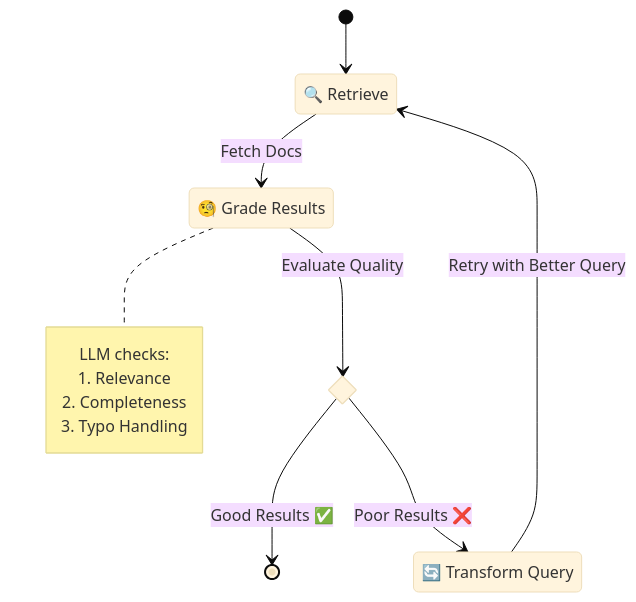
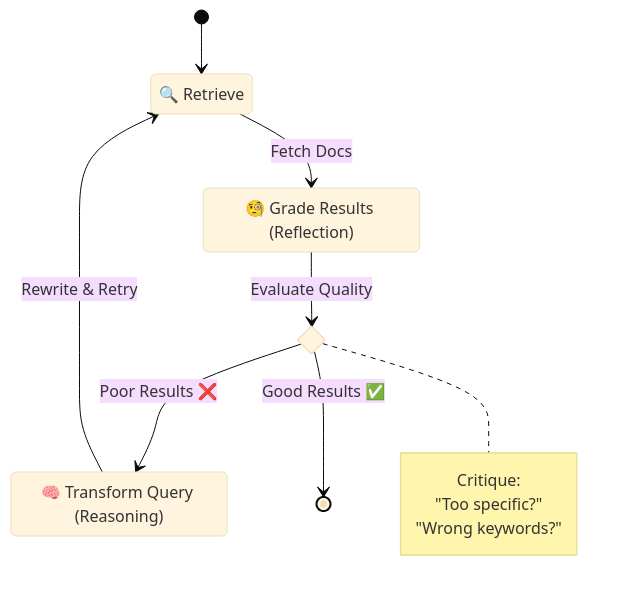
Before and after one commit to EminDurmuSS/finn-chatbot: the second of 3 diagrams in README.md, drawn with Mermaid (base theme). The commit also changed other lines of this file, not shown here.

Commit message:
docs: Polish agentic architecture diagrams and patterns

````diff
--- a/README.md
+++ b/README.md
@@ -73,25 +96,24 @@
 ```mermaid
 stateDiagram-v2
     [*] --> Retrieve
     
     state "🔍 Retrieve" as Retrieve
-    state "🧐 Grade Results" as Grade
-    state "🔄 Transform Query" as Transform
+    state "🧐 Grade Results (Reflection)" as Grade
+    state "🧠 Transform Query (Reasoning)" as Transform
     
     Retrieve --> Grade: Fetch Docs
     
     state if_grade <<choice>>
     Grade --> if_grade: Evaluate Quality
     
     if_grade --> [*]: Good Results ✅
     if_grade --> Transform: Poor Results ❌
     
-    Transform --> Retrieve: Retry with Better Query
+    note right of if_grade
+      Critique:
+      "Too specific?"
+      "Wrong keywords?"
+    end note
     
-    note right of Grade
-        LLM checks:
-        1. Relevance
-        2. Completeness
-        3. Typo Handling
-    end note
+    Transform --> Retrieve: Rewrite & Retry
 ```
````
